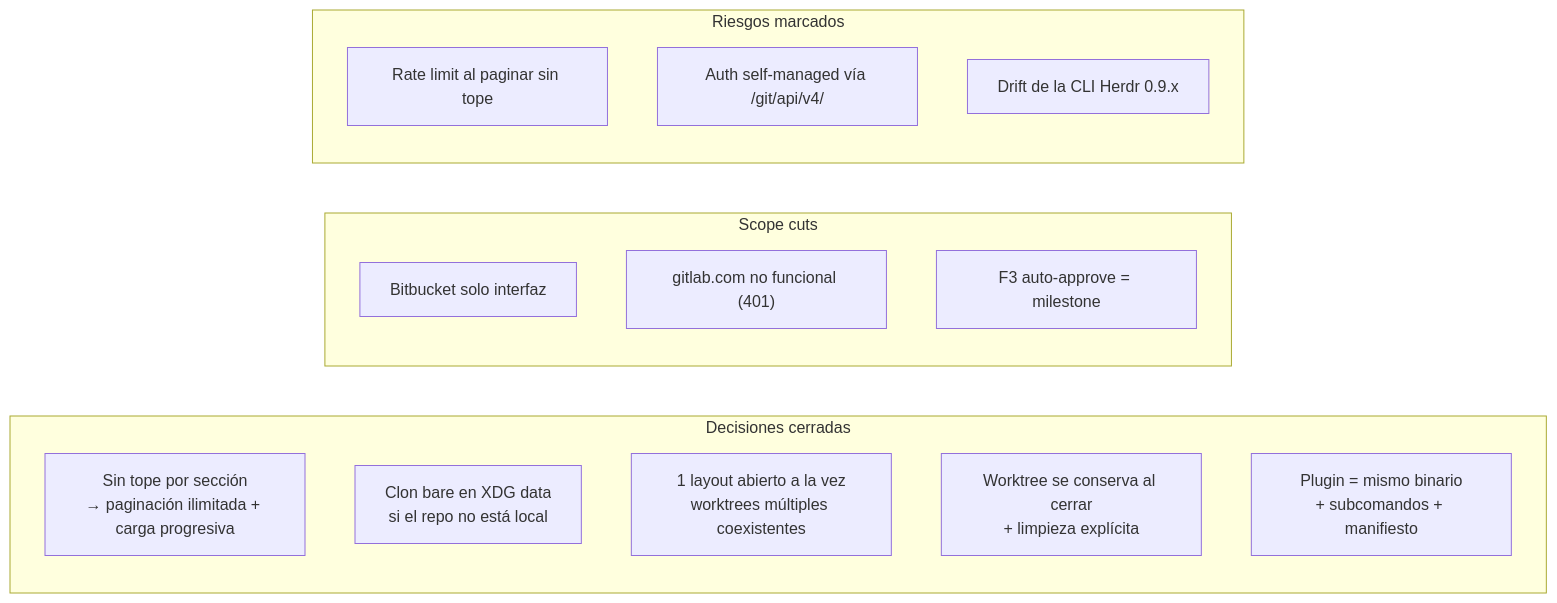
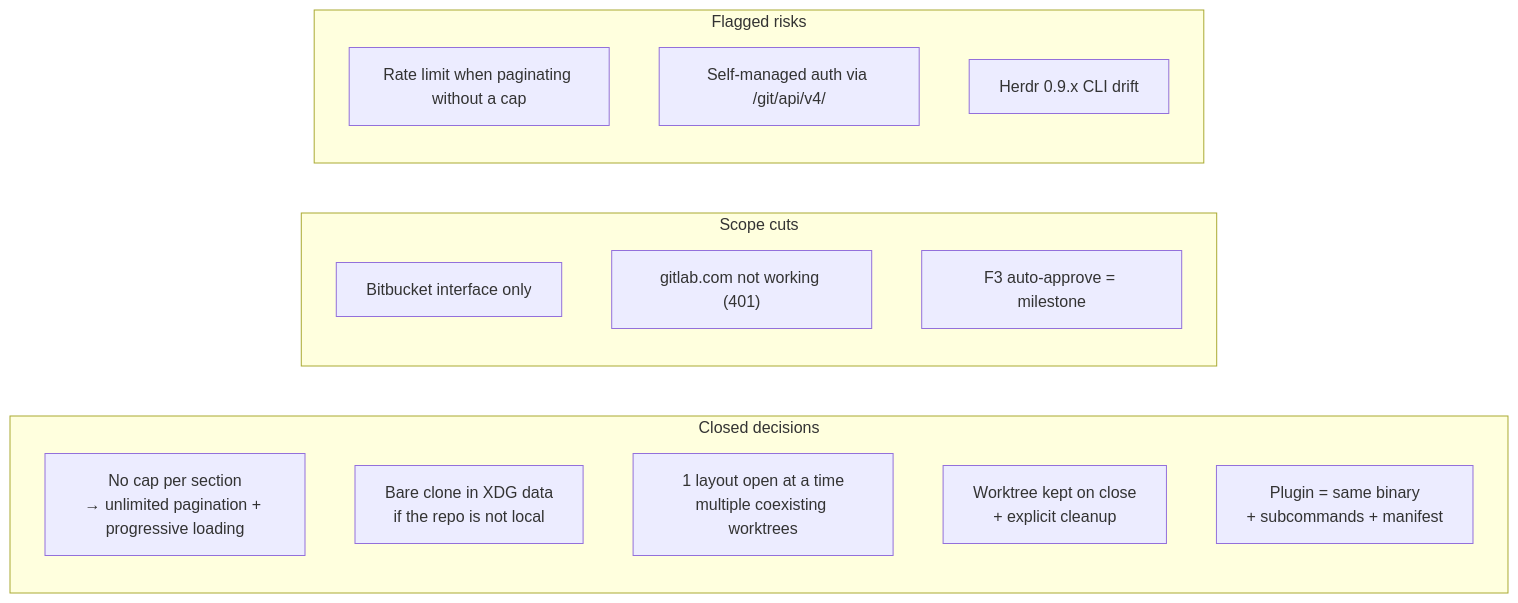
One commit to Sovengar/prdash changed the second of 2 diagrams in docs/planning/archive/0001-mvp/diagrams/process-flow.md. Above: the diagram before and after it, drawn with Mermaid. The commit also changed other lines of this file and 331 other files, not shown here.

````diff
--- a/docs/planning/archive/0001-mvp/diagrams/process-flow.md
+++ b/docs/planning/archive/0001-mvp/diagrams/process-flow.md
@@ -27,22 +27,22 @@
 ```mermaid
 flowchart LR
-    subgraph Decisiones["Decisiones cerradas"]
-        D1["Sin tope por sección<br/>→ paginación ilimitada + carga progresiva"]
-        D2["Clon bare en XDG data<br/>si el repo no está local"]
-        D3["1 layout abierto a la vez<br/>worktrees múltiples coexistentes"]
-        D4["Worktree se conserva al cerrar<br/>+ limpieza explícita"]
-        D5["Plugin = mismo binario<br/>+ subcomandos + manifiesto"]
+    subgraph DECISIONS["Closed decisions"]
+        D1["No cap per section<br/>→ unlimited pagination + progressive loading"]
+        D2["Bare clone in XDG data<br/>if the repo is not local"]
+        D3["1 layout open at a time<br/>multiple coexisting worktrees"]
+        D4["Worktree kept on close<br/>+ explicit cleanup"]
+        D5["Plugin = same binary<br/>+ subcommands + manifest"]
     end
 
-    subgraph Cortes["Scope cuts"]
-        C1["Bitbucket solo interfaz"]
-        C2["gitlab.com no funcional (401)"]
+    subgraph CUTS["Scope cuts"]
+        C1["Bitbucket interface only"]
+        C2["gitlab.com not working (401)"]
         C3["F3 auto-approve = milestone"]
     end
 
-    subgraph Riesgos["Riesgos marcados"]
-        R1["Rate limit al paginar sin tope"]
-        R2["Auth self-managed vía /git/api/v4/"]
-        R3["Drift de la CLI Herdr 0.9.x"]
+    subgraph RISKS["Flagged risks"]
+        R1["Rate limit when paginating without a cap"]
+        R2["Self-managed auth via /git/api/v4/"]
+        R3["Herdr 0.9.x CLI drift"]
     end
 ```
````
